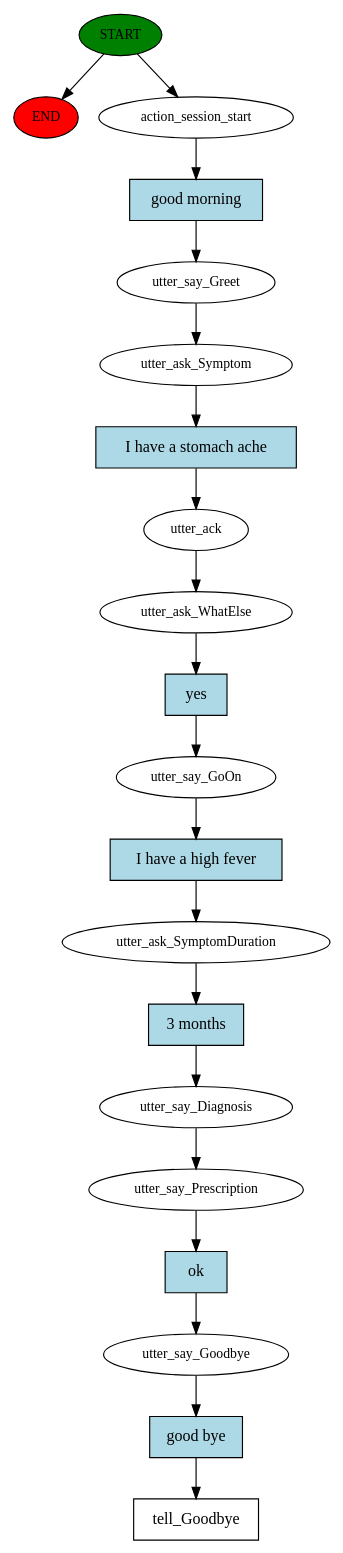
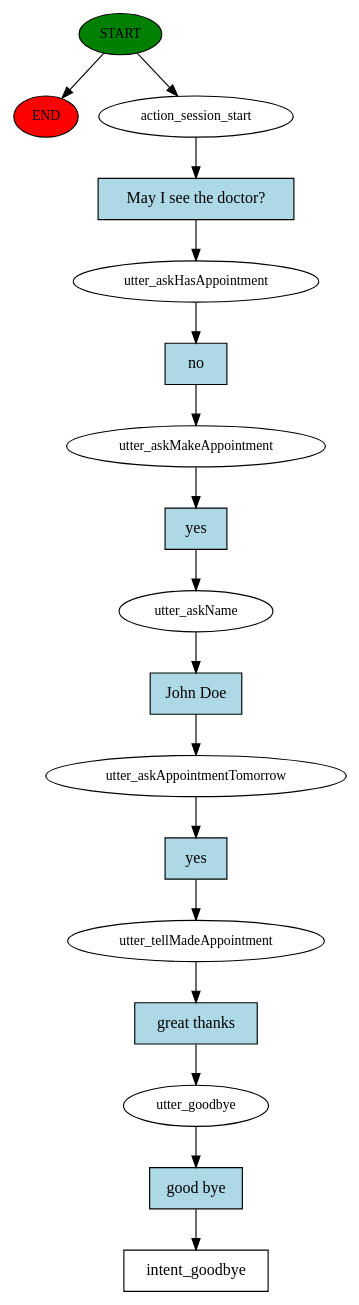
The diagram in story_graph.dot (ithacan/TutorBot_EN_Mod2), drawn with Graphviz before and after one commit. The commit also changed 5 other files, not shown here.

```diff
--- a/story_graph.dot
+++ b/story_graph.dot
@@ -1,41 +1,35 @@
 digraph  {
 0 [class="start active", fillcolor=green, fontsize=12, label=START, style=filled];
 "-1" [class=end, fillcolor=red, fontsize=12, label=END, style=filled];
 1 [class=active, fontsize=12, label=action_session_start];
-2 [class=active, fontsize=12, label=utter_say_Greet];
-3 [class=active, fontsize=12, label=utter_ask_Symptom];
-4 [class=active, fontsize=12, label=utter_ack];
-5 [class=active, fontsize=12, label=utter_ask_WhatElse];
-6 [class=active, fontsize=12, label=utter_say_GoOn];
-7 [class=active, fontsize=12, label=utter_ask_SymptomDuration];
-8 [class=active, fontsize=12, label=utter_say_Diagnosis];
-9 [class=active, fontsize=12, label=utter_say_Prescription];
-10 [class=active, fontsize=12, label=utter_say_Goodbye];
-11 [class="intent dashed active", label=tell_Goodbye, shape=rect];
-12 [class="intent active", fillcolor=lightblue, label="good morning", shape=rect, style=filled];
-13 [class="intent active", fillcolor=lightblue, label="I have a stomach ache", shape=rect, style=filled];
-14 [class="intent active", fillcolor=lightblue, label=yes, shape=rect, style=filled];
-15 [class="intent active", fillcolor=lightblue, label="I have a high fever", shape=rect, style=filled];
-16 [class="intent active", fillcolor=lightblue, label="3 months", shape=rect, style=filled];
-17 [class="intent active", fillcolor=lightblue, label=ok, shape=rect, style=filled];
-18 [class="intent active", fillcolor=lightblue, label="good bye", shape=rect, style=filled];
+2 [class=active, fontsize=12, label=utter_askHasAppointment];
+3 [class=active, fontsize=12, label=utter_askMakeAppointment];
+4 [class=active, fontsize=12, label=utter_askName];
+5 [class=active, fontsize=12, label=utter_askAppointmentTomorrow];
+6 [class=active, fontsize=12, label=utter_tellMadeAppointment];
+7 [class=active, fontsize=12, label=utter_goodbye];
+8 [class="intent dashed active", label=intent_goodbye, shape=rect];
+9 [class="intent active", fillcolor=lightblue, label="May I see the doctor?", shape=rect, style=filled];
+10 [class="intent active", fillcolor=lightblue, label=no, shape=rect, style=filled];
+11 [class="intent active", fillcolor=lightblue, label=yes, shape=rect, style=filled];
+12 [class="intent active", fillcolor=lightblue, label="John Doe", shape=rect, style=filled];
+13 [class="intent active", fillcolor=lightblue, label=yes, shape=rect, style=filled];
+14 [class="intent active", fillcolor=lightblue, label="great thanks", shape=rect, style=filled];
+15 [class="intent active", fillcolor=lightblue, label="good bye", shape=rect, style=filled];
 0 -> "-1"  [class="", key=NONE, label=""];
 0 -> 1  [class=active, key=NONE, label=""];
-1 -> 12  [class=active, key=0];
-2 -> 3  [class=active, key=NONE, label=""];
-3 -> 13  [class=active, key=0];
-4 -> 5  [class=active, key=NONE, label=""];
-5 -> 14  [class=active, key=0];
-6 -> 15  [class=active, key=0];
-7 -> 16  [class=active, key=0];
-8 -> 9  [class=active, key=NONE, label=""];
-9 -> 17  [class=active, key=0];
-10 -> 18  [class=active, key=0];
-12 -> 2  [class=active, key=0];
-13 -> 4  [class=active, key=0];
-14 -> 6  [class=active, key=0];
-15 -> 7  [class=active, key=0];
-16 -> 8  [class=active, key=0];
-17 -> 10  [class=active, key=0];
-18 -> 11  [class=active, key=0];
+1 -> 9  [class=active, key=0];
+2 -> 10  [class=active, key=0];
+3 -> 11  [class=active, key=0];
+4 -> 12  [class=active, key=0];
+5 -> 13  [class=active, key=0];
+6 -> 14  [class=active, key=0];
+7 -> 15  [class=active, key=0];
+9 -> 2  [class=active, key=0];
+10 -> 3  [class=active, key=0];
+11 -> 4  [class=active, key=0];
+12 -> 5  [class=active, key=0];
+13 -> 6  [class=active, key=0];
+14 -> 7  [class=active, key=0];
+15 -> 8  [class=active, key=0];
 }
```
